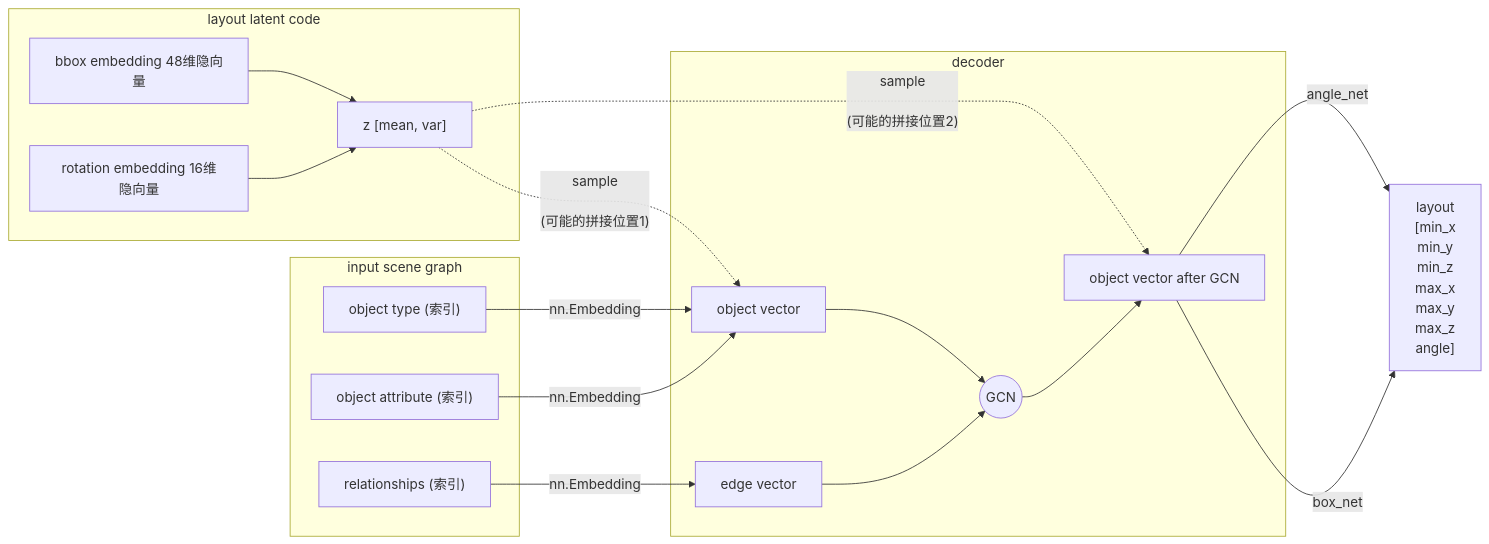
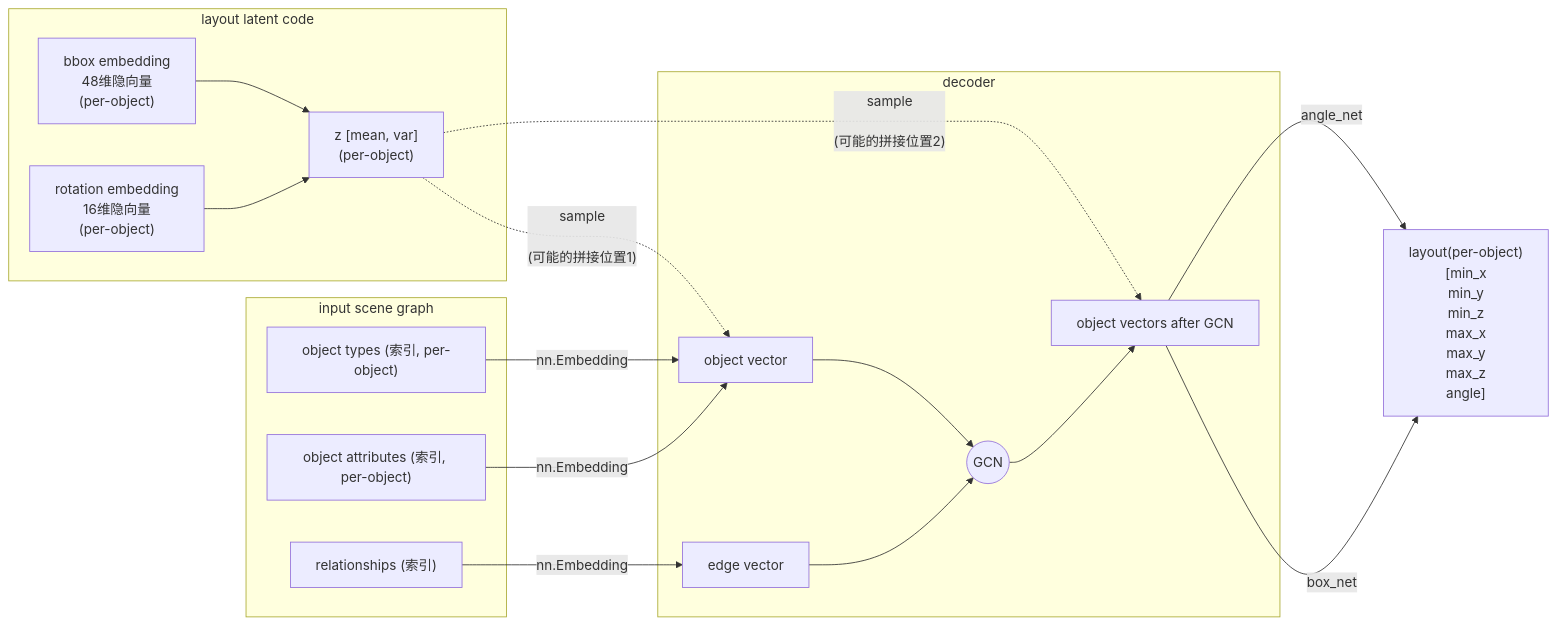
Before and after one commit to ventusff/notes: the second of 2 diagrams in scene_layout.md, drawn with Mermaid. The commit also changed other lines of this file and 7 other files, not shown here.

````diff
--- a/scene_layout.md
+++ b/scene_layout.md
@@ -114,32 +114,32 @@
 ```mermaid
 graph LR
 	subgraph scene_graph[input scene graph]
-	obj_type["object type (索引)"]
-	obj_attr["object attribute (索引)"]
+	obj_type["object types (索引, per-object)"]
+	obj_attr["object attributes (索引, per-object)"]
 	relationships["relationships (索引)"]
 	end
 	subgraph layout_latent[layout latent code]
-	bbox_emb["bbox embedding 48维隐向量"]
-	angle_emb["rotation embedding 16维隐向量"]
-    z["z [mean, var]"]
+	bbox_emb["bbox embedding<br>48维隐向量<br>(per-object)"]
+	angle_emb["rotation embedding<br>16维隐向量<br>(per-object)"]
+    z["z [mean, var]<br>(per-object)"]
     bbox_emb --> z
     angle_emb --> z
 	end
 	subgraph decoder
 	edge_emb[edge vector]
 	GCN(("GCN"))
 	obj_vecs[object vector]
-	new_obj_vecs[object vector after GCN]
+	new_obj_vecs[object vectors after GCN]
 	edge_emb --> GCN
 	obj_vecs --> GCN
 	GCN --> new_obj_vecs
 	end
     z -."sample <br><br>(可能的拼接位置1)".-> obj_vecs
     z -."sample <br><br>(可能的拼接位置2)".-> new_obj_vecs
     obj_type -- nn.Embedding --> obj_vecs
     obj_attr -- nn.Embedding --> obj_vecs
     relationships -- nn.Embedding --> edge_emb
-    layout["layout <br>[min_x<br>min_y<br>min_z<br>max_x<br>max_y<br>max_z<br>angle]"]
+    layout["layout(per-object) <br>[min_x<br>min_y<br>min_z<br>max_x<br>max_y<br>max_z<br>angle]"]
 	new_obj_vecs -- box_net --> layout
 	new_obj_vecs -- angle_net --> layout
 ```
````
